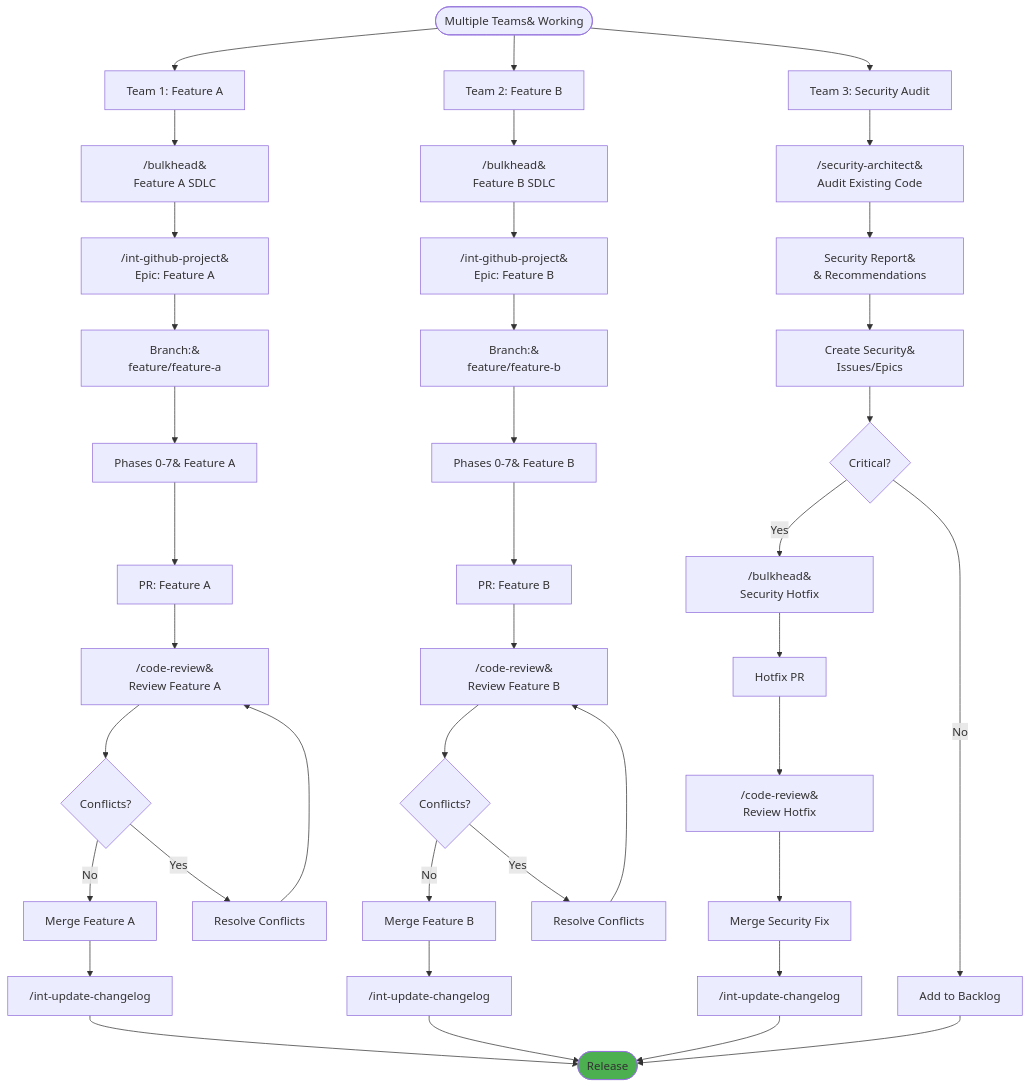
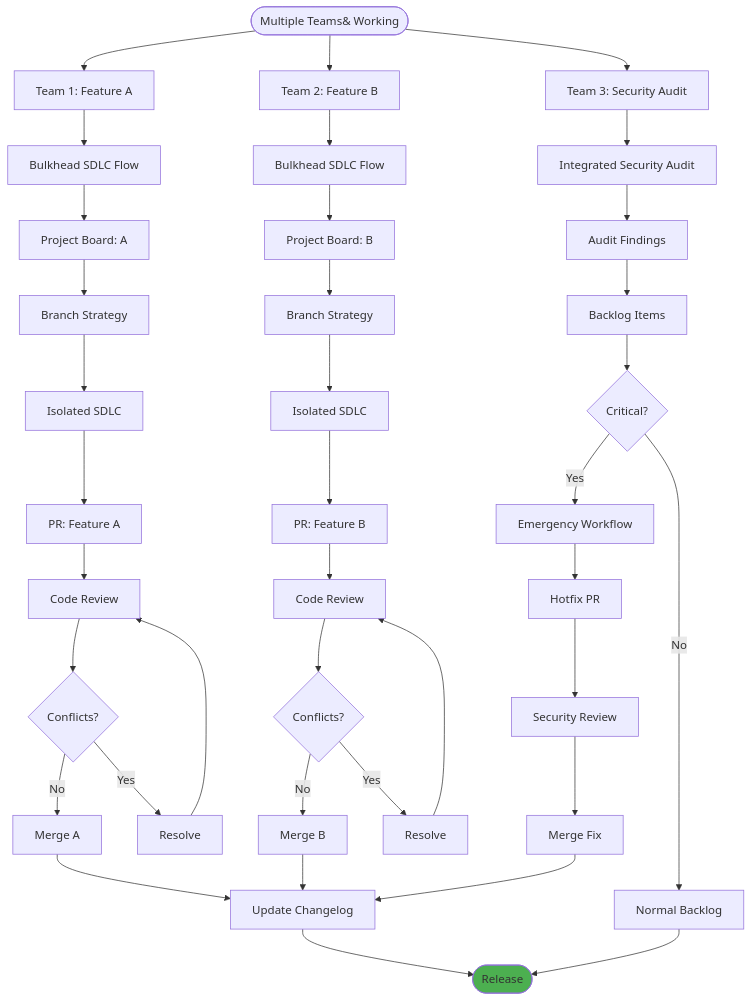
Before and after one commit to agarwalvipin/bulkhead: the fifth of 8 diagrams in docs/workflow-scenarios.md, drawn with Mermaid. The commit also changed other lines of this file and 19 other files, not shown here.

````diff
--- a/docs/workflow-scenarios.md
+++ b/docs/workflow-scenarios.md
@@ -236,57 +238,55 @@
 ```mermaid
 graph TD
     Start(["Multiple Teams&#10;Working"]) --> Team1[Team 1: Feature A]
     Start --> Team2[Team 2: Feature B]
     Start --> Team3[Team 3: Security Audit]
     
-    Team1 --> B1["/bulkhead&#10;Feature A SDLC"]
-    Team2 --> B2["/bulkhead&#10;Feature B SDLC"]
-    Team3 --> SecOnly["/security-architect&#10;Audit Existing Code"]
+    Team1 --> B1["Bulkhead SDLC Flow"]
+    Team2 --> B2["Bulkhead SDLC Flow"]
+    Team3 --> SecOnly["Integrated Security Audit"]
     
-    B1 --> GP1["/int-github-project&#10;Epic: Feature A"]
-    B2 --> GP2["/int-github-project&#10;Epic: Feature B"]
+    B1 --> GP1["Project Board: A"]
+    B2 --> GP2["Project Board: B"]
     
-    GP1 --> Branch1["Branch:&#10;feature/feature-a"]
-    GP2 --> Branch2["Branch:&#10;feature/feature-b"]
+    GP1 --> Branch1["Branch Strategy"]
+    GP2 --> Branch2["Branch Strategy"]
     
-    Branch1 --> Execute1["Phases 0-7&#10;Feature A"]
-    Branch2 --> Execute2["Phases 0-7&#10;Feature B"]
-    SecOnly --> SecReport["Security Report&#10;& Recommendations"]
+    Branch1 --> Execute1["Isolated SDLC"]
+    Branch2 --> Execute2["Isolated SDLC"]
+    SecOnly --> SecReport["Audit Findings"]
     
     Execute1 --> PR1[PR: Feature A]
     Execute2 --> PR2[PR: Feature B]
-    SecReport --> SecIssues["Create Security&#10;Issues/Epics"]
+    SecReport --> SecIssues["Backlog Items"]
     
-    PR1 --> CR1["/code-review&#10;Review Feature A"]
-    PR2 --> CR2["/code-review&#10;Review Feature B"]
+    PR1 --> CR1["Code Review"]
+    PR2 --> CR2["Code Review"]
     
     SecIssues --> PriorityCheck{Critical?}
-    PriorityCheck -->|Yes| HotfixBulkhead["/bulkhead&#10;Security Hotfix"]
-    PriorityCheck -->|No| Backlog[Add to Backlog]
+    PriorityCheck -->|Yes| HotfixBulkhead["Emergency Workflow"]
+    PriorityCheck -->|No| Backlog[Normal Backlog]
     
     CR1 --> Merge1{Conflicts?}
     CR2 --> Merge2{Conflicts?}
     
-    Merge1 -->|No| M1[Merge Feature A]
-    Merge2 -->|No| M2[Merge Feature B]
-    Merge1 -->|Yes| Resolve1[Resolve Conflicts]
-    Merge2 -->|Yes| Resolve2[Resolve Conflicts]
+    Merge1 -->|No| M1[Merge A]
+    Merge2 -->|No| M2[Merge B]
+    Merge1 -->|Yes| Resolve1[Resolve]
+    Merge2 -->|Yes| Resolve2[Resolve]
     
     Resolve1 --> CR1
     Resolve2 --> CR2
     
     HotfixBulkhead --> HotfixPR[Hotfix PR]
-    HotfixPR --> CRSec["/code-review&#10;Review Hotfix"]
-    CRSec --> MergeSec[Merge Security Fix]
+    HotfixPR --> CRSec["Security Review"]
+    CRSec --> MergeSec[Merge Fix]
     
-    M1 --> CL1["/int-update-changelog"]
-    M2 --> CL2["/int-update-changelog"]
-    MergeSec --> CL3["/int-update-changelog"]
+    M1 --> CL1[Update Changelog]
+    M2 --> CL1
+    MergeSec --> CL1
     
     CL1 --> Done([Release])
-    CL2 --> Done
-    CL3 --> Done
     Backlog --> Done
     
     style Done fill:#4CAF50
 ```
````
